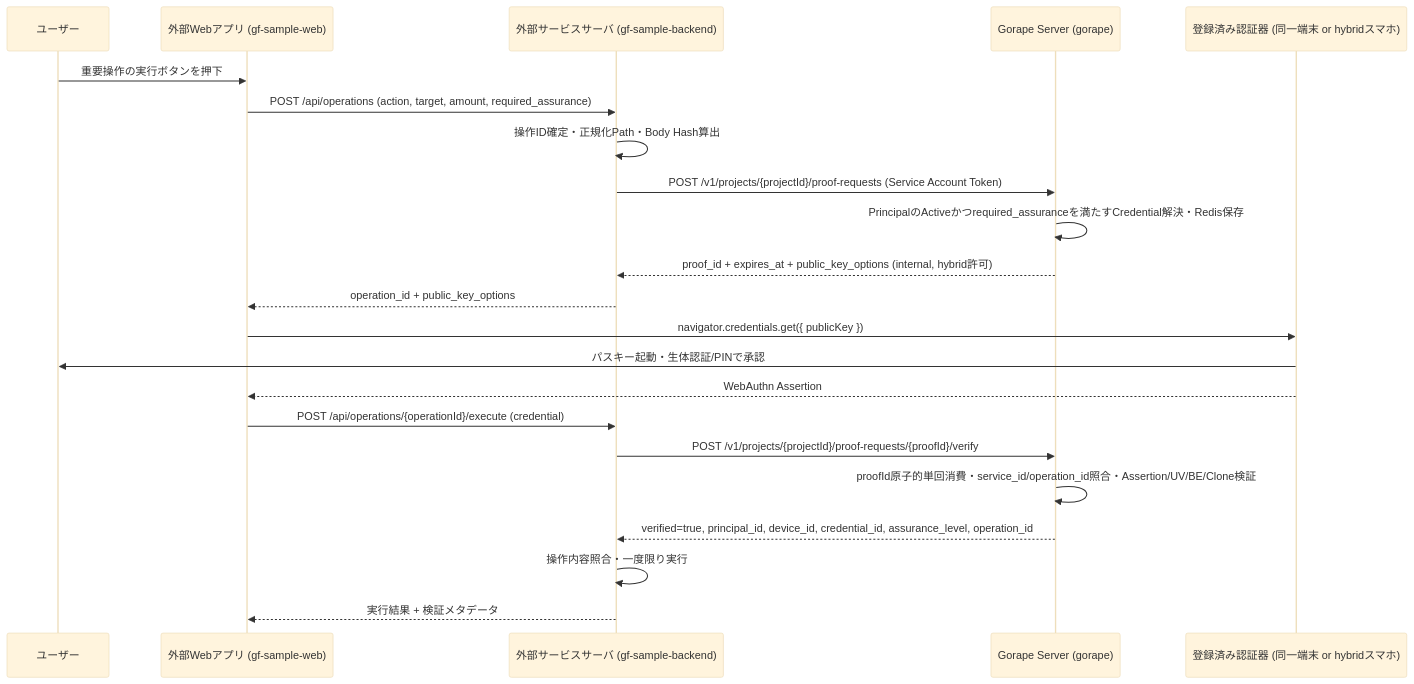
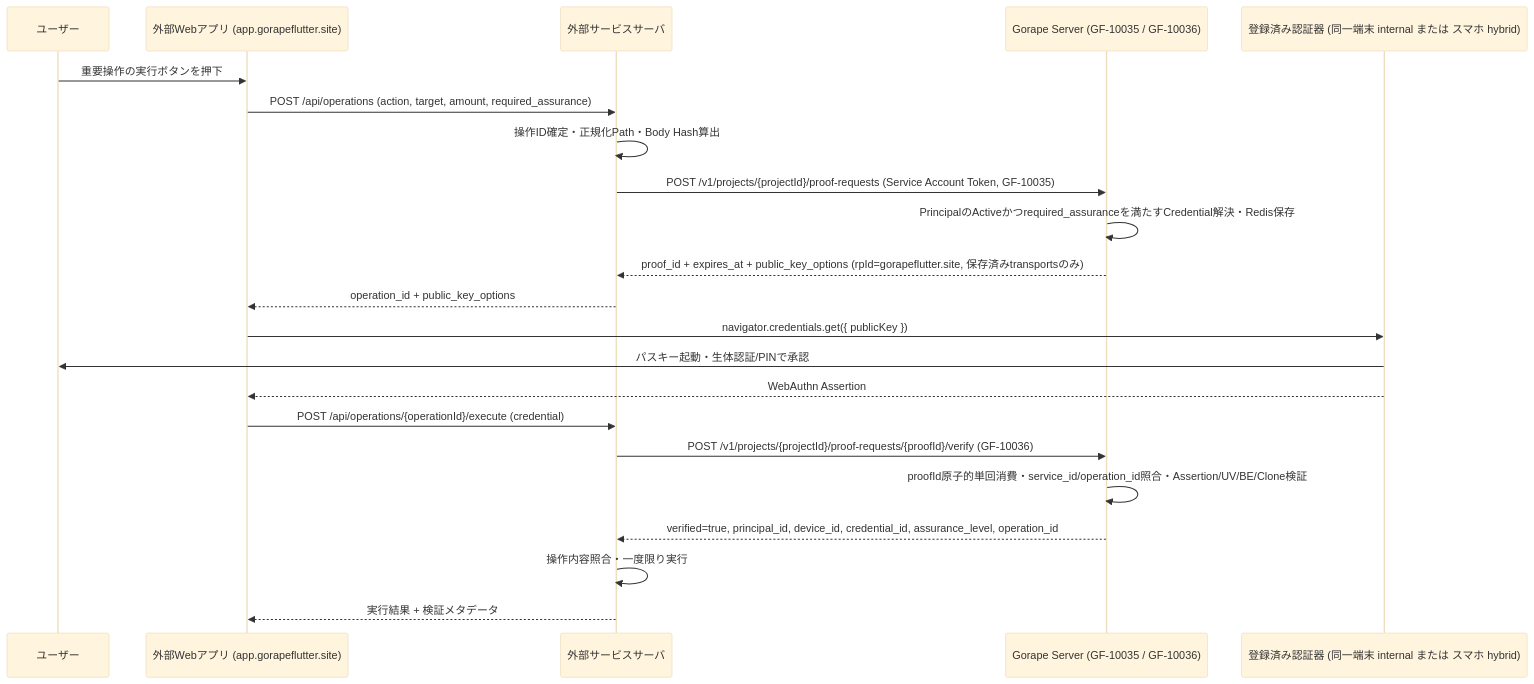
Before and after one commit to GorapeFlutter/gf-app: the sixth of 6 diagrams in docs/jp/DEVICE_TRUST_SPEC.md, drawn with Mermaid (base theme). The commit also changed other lines of this file and 70 other files, not shown here.

````diff
--- a/docs/jp/DEVICE_TRUST_SPEC.md
+++ b/docs/jp/DEVICE_TRUST_SPEC.md
@@ -56,24 +178,25 @@
 ```mermaid
 sequenceDiagram
     participant User as ユーザー
-    participant Vue as 外部Webアプリ (gf-sample-web)
-    participant Svc as 外部サービスサーバ (gf-sample-backend)
-    participant Gorape as Gorape Server (gorape)
-    participant Authn as 登録済み認証器 (同一端末 or hybridスマホ)
+    participant Vue as 外部Webアプリ (app.gorapeflutter.site)
+    participant Svc as 外部サービスサーバ
+    participant Gorape as Gorape Server (GF-10035 / GF-10036)
+    participant Authn as 登録済み認証器 (同一端末 internal または スマホ hybrid)
+
     User->>Vue: 重要操作の実行ボタンを押下
     Vue->>Svc: POST /api/operations (action, target, amount, required_assurance)
     Svc->>Svc: 操作ID確定・正規化Path・Body Hash算出
-    Svc->>Gorape: POST /v1/projects/{projectId}/proof-requests (Service Account Token)
+    Svc->>Gorape: POST /v1/projects/{projectId}/proof-requests (Service Account Token, GF-10035)
     Gorape->>Gorape: PrincipalのActiveかつrequired_assuranceを満たすCredential解決・Redis保存
-    Gorape-->>Svc: proof_id + expires_at + public_key_options (internal, hybrid許可)
+    Gorape-->>Svc: proof_id + expires_at + public_key_options (rpId=gorapeflutter.site, 保存済みtransportsのみ)
     Svc-->>Vue: operation_id + public_key_options
     Vue->>Authn: navigator.credentials.get({ publicKey })
     Authn->>User: パスキー起動・生体認証/PINで承認
     Authn-->>Vue: WebAuthn Assertion
     Vue->>Svc: POST /api/operations/{operationId}/execute (credential)
-    Svc->>Gorape: POST /v1/projects/{projectId}/proof-requests/{proofId}/verify
+    Svc->>Gorape: POST /v1/projects/{projectId}/proof-requests/{proofId}/verify (GF-10036)
     Gorape->>Gorape: proofId原子的単回消費・service_id/operation_id照合・Assertion/UV/BE/Clone検証
     Gorape-->>Svc: verified=true, principal_id, device_id, credential_id, assurance_level, operation_id
     Svc->>Svc: 操作内容照合・一度限り実行
     Svc-->>Vue: 実行結果 + 検証メタデータ
 ```
````
